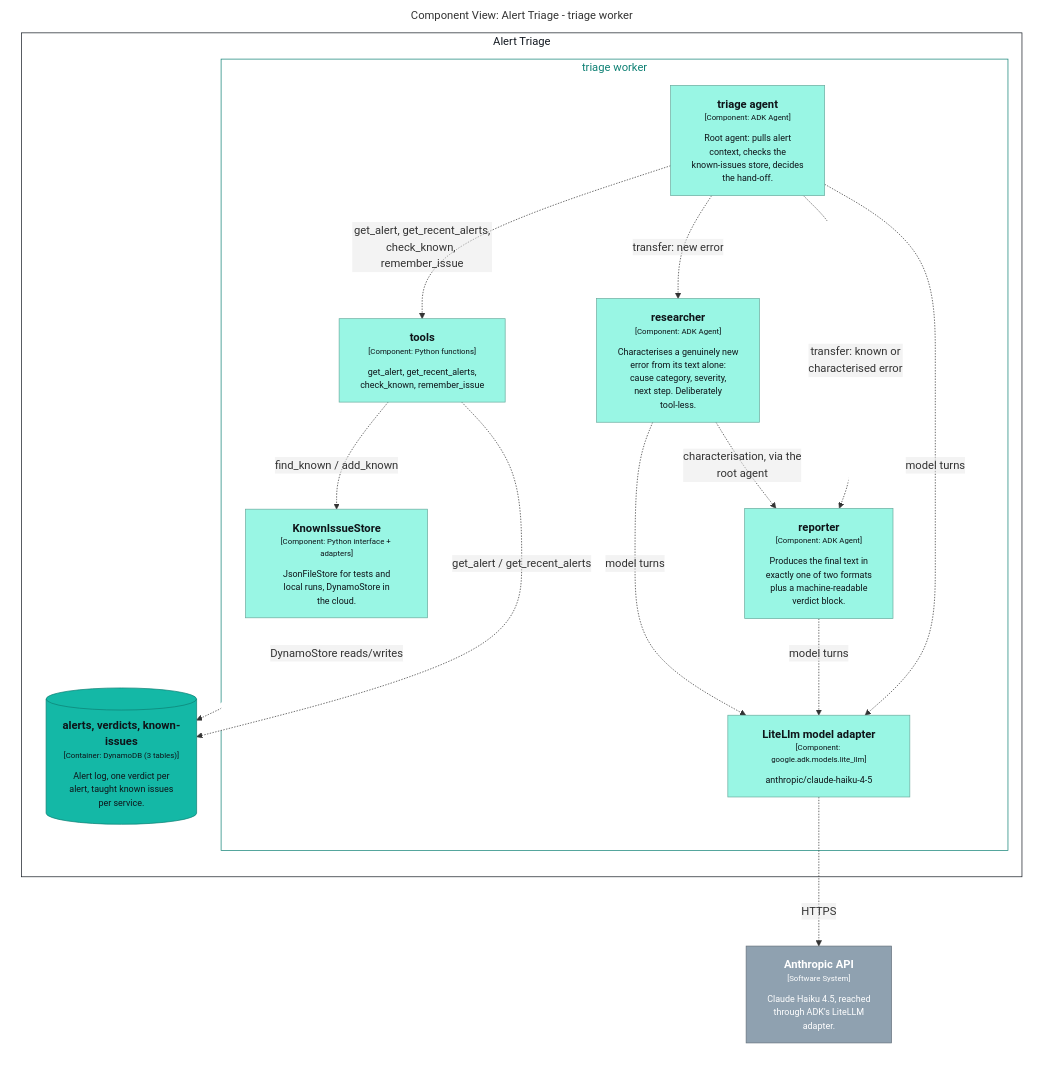
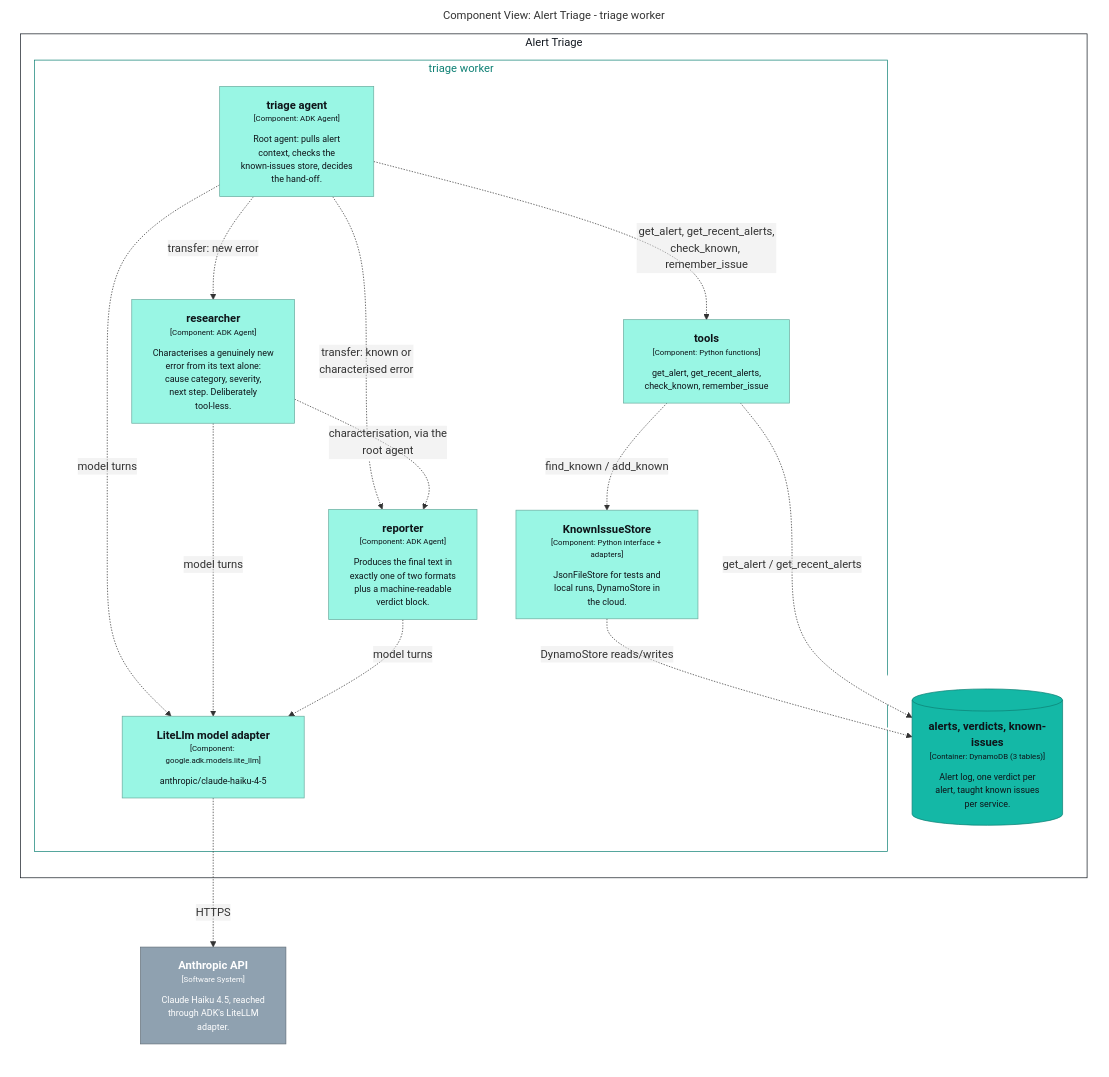
The diagram in docs/c4/generated/structurizr-worker-components.mmd (KucherenkoSerhiy/oncall-triage), drawn with Mermaid before and after one commit. The commit also changed other lines of this file and 19 other files, not shown here.

```diff
--- a/docs/c4/generated/structurizr-worker-components.mmd
+++ b/docs/c4/generated/structurizr-worker-components.mmd
@@ -1,46 +1,46 @@
 graph LR
   linkStyle default fill:#ffffff
 
   subgraph diagram ["Component View: Alert Triage - triage worker"]
     style diagram fill:#ffffff,stroke:#ffffff
 
     3["<div style='font-weight: bold'>Anthropic API</div><div style='font-size: 70%; margin-top: 0px'>[Software System]</div><div style='font-size: 80%; margin-top:10px'>Claude Haiku 4.5, reached<br />through ADK's LiteLLM<br />adapter.</div>"]
     style 3 fill:#8fa1b0,stroke:#64707b,color:#ffffff
 
     subgraph 5 ["Alert Triage"]
       style 5 fill:#ffffff,stroke:#131921,color:#131921
 
       subgraph 8 ["triage worker"]
         style 8 fill:#ffffff,stroke:#0e8074,color:#0e8074
 
         10["<div style='font-weight: bold'>researcher</div><div style='font-size: 70%; margin-top: 0px'>[Component: ADK Agent]</div><div style='font-size: 80%; margin-top:10px'>Characterises a genuinely new<br />error from its text alone:<br />cause category, severity,<br />next step. Deliberately<br />tool-less.</div>"]
         style 10 fill:#99f6e4,stroke:#6bac9f,color:#0e1419
         11["<div style='font-weight: bold'>reporter</div><div style='font-size: 70%; margin-top: 0px'>[Component: ADK Agent]</div><div style='font-size: 80%; margin-top:10px'>Produces the final text in<br />exactly one of two formats<br />plus a machine-readable<br />verdict block.</div>"]
         style 11 fill:#99f6e4,stroke:#6bac9f,color:#0e1419
         12["<div style='font-weight: bold'>tools</div><div style='font-size: 70%; margin-top: 0px'>[Component: Python functions]</div><div style='font-size: 80%; margin-top:10px'>get_alert, get_recent_alerts,<br />check_known, remember_issue</div>"]
         style 12 fill:#99f6e4,stroke:#6bac9f,color:#0e1419
         13["<div style='font-weight: bold'>KnownIssueStore</div><div style='font-size: 70%; margin-top: 0px'>[Component: Python interface + adapters]</div><div style='font-size: 80%; margin-top:10px'>JsonFileStore for tests and<br />local runs, DynamoStore in<br />the cloud.</div>"]
         style 13 fill:#99f6e4,stroke:#6bac9f,color:#0e1419
         14["<div style='font-weight: bold'>LiteLlm model adapter</div><div style='font-size: 70%; margin-top: 0px'>[Component: google.adk.models.lite_llm]</div><div style='font-size: 80%; margin-top:10px'>anthropic/claude-haiku-4-5</div>"]
         style 14 fill:#99f6e4,stroke:#6bac9f,color:#0e1419
         9["<div style='font-weight: bold'>triage agent</div><div style='font-size: 70%; margin-top: 0px'>[Component: ADK Agent]</div><div style='font-size: 80%; margin-top:10px'>Root agent: pulls alert<br />context, checks the<br />known-issues store, decides<br />the hand-off.</div>"]
         style 9 fill:#99f6e4,stroke:#6bac9f,color:#0e1419
       end
 
       15[("<div style='font-weight: bold'>alerts, verdicts, known-issues</div><div style='font-size: 70%; margin-top: 0px'>[Container: DynamoDB (3 tables)]</div><div style='font-size: 80%; margin-top:10px'>Alert log, one verdict per<br />alert, taught known issues<br />per service.</div>")]
       style 15 fill:#14b8a6,stroke:#0e8074,color:#0e1419
     end
 
+    9-. "<div>model turns</div><div style='font-size: 70%'></div>" .->14
     10-. "<div>model turns</div><div style='font-size: 70%'></div>" .->14
     11-. "<div>model turns</div><div style='font-size: 70%'></div>" .->14
     14-. "<div>HTTPS</div><div style='font-size: 70%'></div>" .->3
     9-. "<div>get_alert, get_recent_alerts,<br />check_known, remember_issue</div><div style='font-size: 70%'></div>" .->12
     9-. "<div>transfer: new error</div><div style='font-size: 70%'></div>" .->10
     9-. "<div>transfer: known or<br />characterised error</div><div style='font-size: 70%'></div>" .->11
     10-. "<div>characterisation, via the<br />root agent</div><div style='font-size: 70%'></div>" .->11
     12-. "<div>find_known / add_known</div><div style='font-size: 70%'></div>" .->13
     13-. "<div>DynamoStore reads/writes</div><div style='font-size: 70%'></div>" .->15
     12-. "<div>get_alert / get_recent_alerts</div><div style='font-size: 70%'></div>" .->15
-    9-. "<div>model turns</div><div style='font-size: 70%'></div>" .->14
 
   end
```
